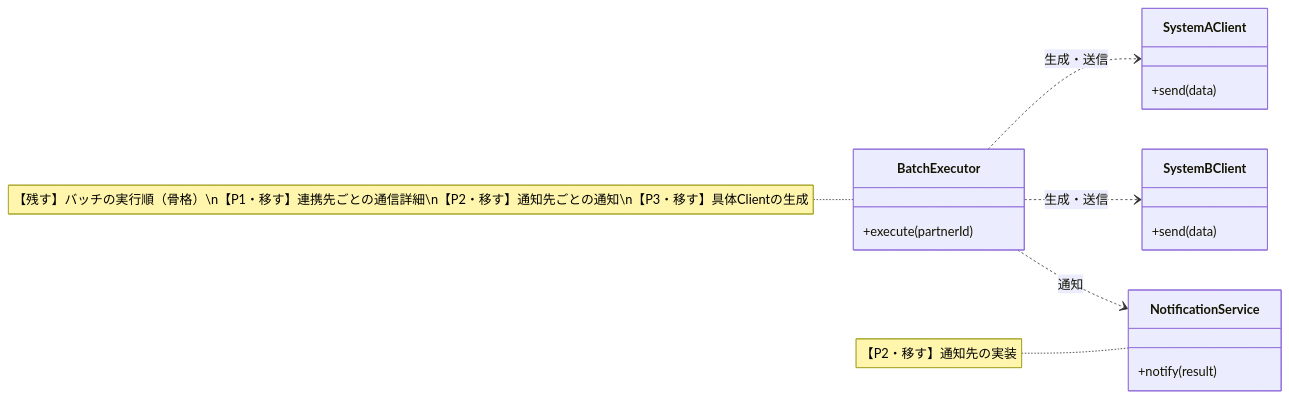
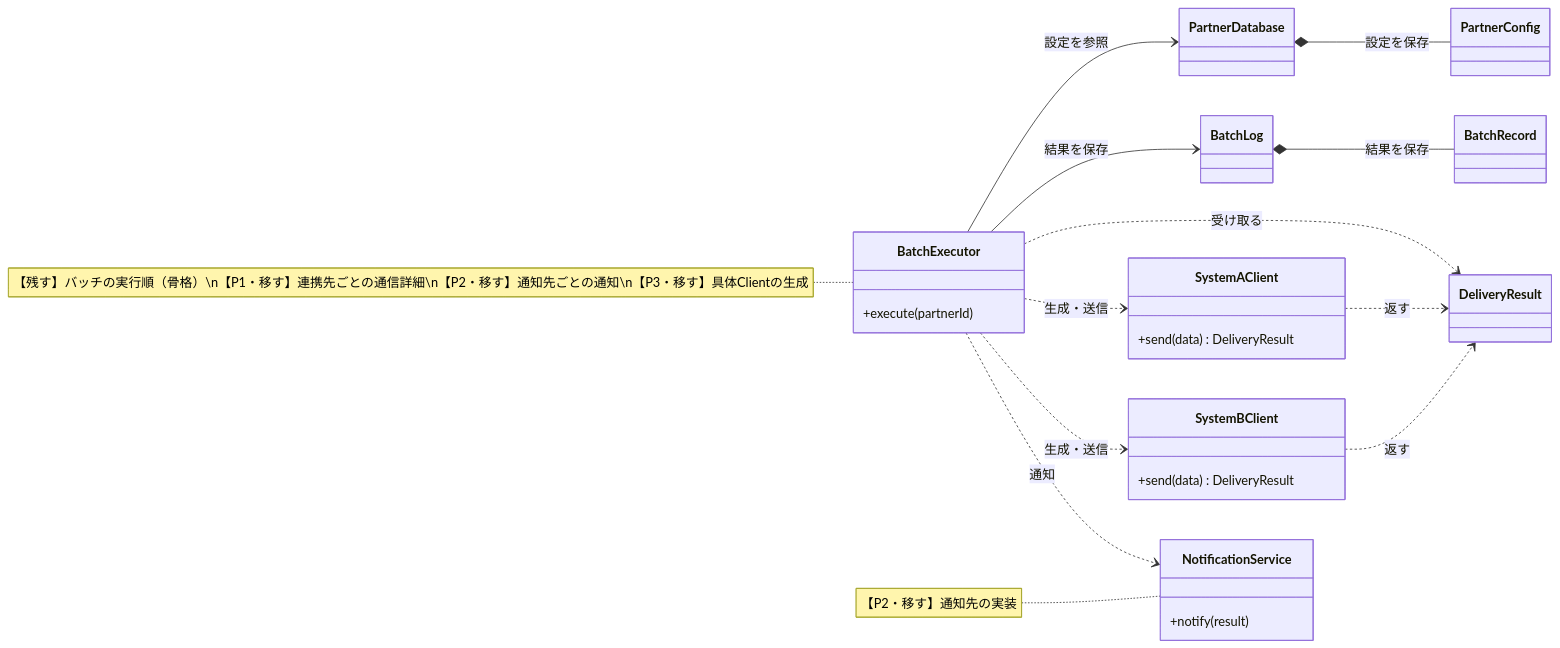
One commit to kumachan1101-pixel/DesignPattern changed the sixth of 12 diagrams in kindle/design-patterns/output/chapter10.md. Above: the diagram before and after it, drawn with Mermaid. The commit also changed other lines of this file and 6 other files, not shown here.

````diff
--- a/kindle/design-patterns/output/chapter10.md
+++ b/kindle/design-patterns/output/chapter10.md
@@ -908,19 +1019,33 @@
 ```mermaid
 classDiagram
     direction LR
+    class PartnerConfig
+    class PartnerDatabase
+    class DeliveryResult
+    class BatchRecord
+    class BatchLog
     class BatchExecutor {
         +execute(partnerId)
     }
-    class SystemAClient { +send(data) }
-    class SystemBClient { +send(data) }
+    class SystemAClient { +send(data) DeliveryResult }
+    class SystemBClient { +send(data) DeliveryResult }
     class NotificationService { +notify(result) }
+    PartnerDatabase *-- PartnerConfig : 設定を保存
+    BatchLog *-- BatchRecord : 結果を保存
+    BatchExecutor --> PartnerDatabase : 設定を参照
+    BatchExecutor --> BatchLog : 結果を保存
+    SystemAClient ..> DeliveryResult : 返す
+    SystemBClient ..> DeliveryResult : 返す
+    BatchExecutor ..> DeliveryResult : 受け取る
     BatchExecutor ..> SystemAClient : 生成・送信
     BatchExecutor ..> SystemBClient : 生成・送信
     BatchExecutor ..> NotificationService : 通知
 
     note for BatchExecutor "【残す】バッチの実行順（骨格）\n【P1・移す】連携先ごとの通信詳細\n【P2・移す】通知先ごとの通知\n【P3・移す】具体Clientの生成"
     note for NotificationService "【P2・移す】通知先の実装"
 
     classDef focus fill:#FFF2CC,stroke:#D6B656,stroke-width:2px,color:#222222
+    classDef stable fill:#E0F7FA,stroke:#0891B2,stroke-width:2px,color:#222222
     cssClass "BatchExecutor" focus
+    cssClass "PartnerConfig,PartnerDatabase,DeliveryResult,BatchRecord,BatchLog" stable
 ```
````
